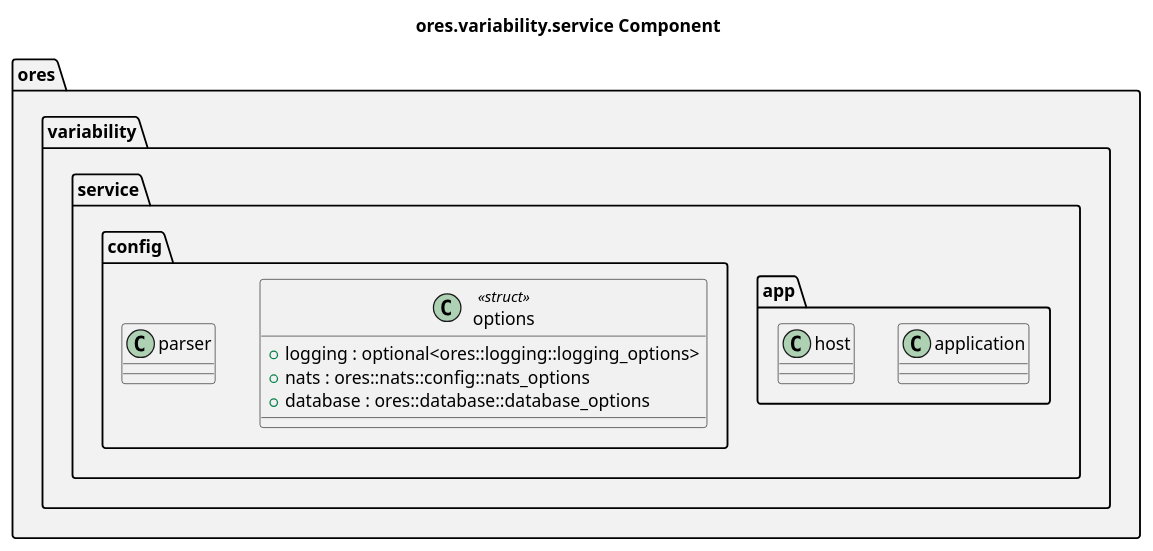
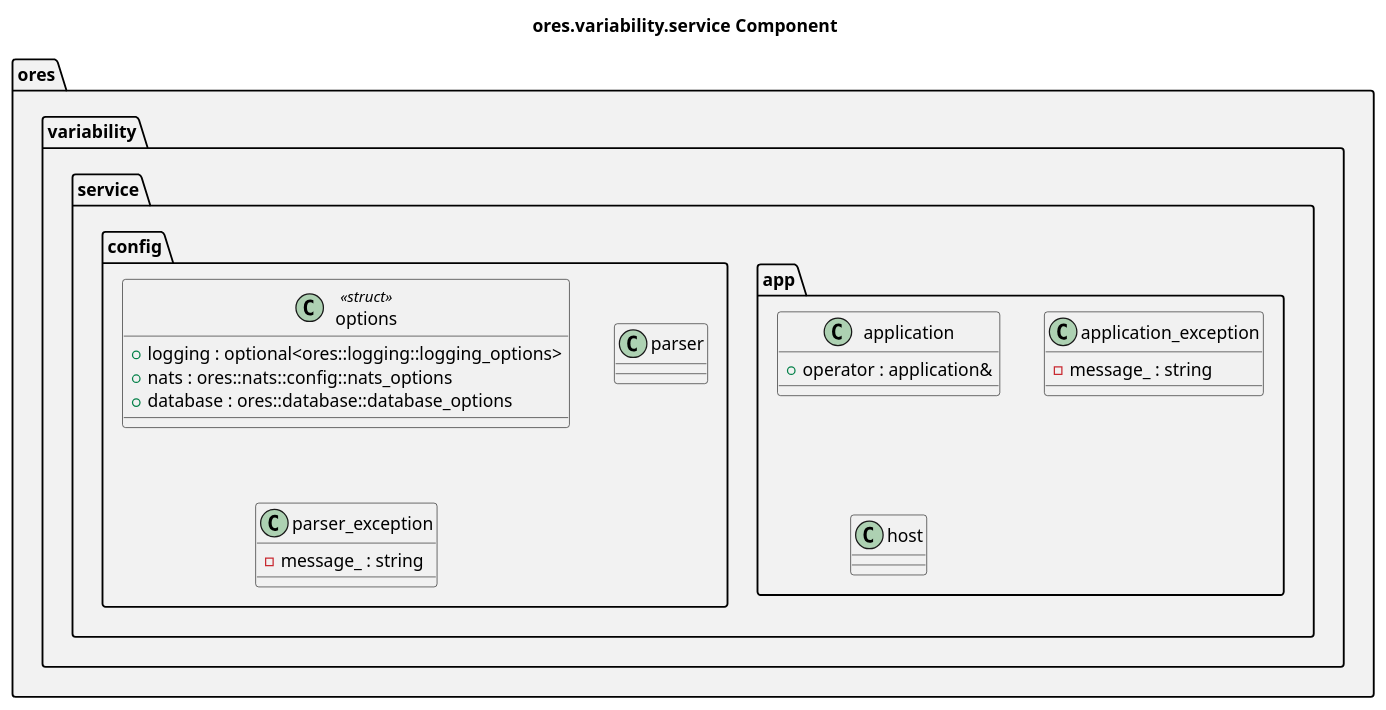
Before and after one commit to OreStudio/OreStudio: the diagram in projects/ores.variability/service/modeling/ores.variability.service.puml, drawn with PlantUML. The commit also changed 8 other files, not shown here.

First line of the commit message:
[variability] Refresh the diagrams and complete the shell part's model

```diff
--- a/projects/ores.variability/service/modeling/ores.variability.service.puml
+++ b/projects/ores.variability/service/modeling/ores.variability.service.puml
@@ -18,34 +18,41 @@
 @startuml
 
 title ores.variability.service Component
 
 set namespaceSeparator ::
 
 namespace ores #F2F2F2 {
     namespace variability #F2F2F2 {
         namespace service #F2F2F2 {
             namespace app #F2F2F2 {
                 class application {
+                    +operator : application&
+                }
+                class application_exception {
+                    -message_ : string
                 }
                 class host {
                 }
             }
             namespace config #F2F2F2 {
                 class options <<struct>> {
                     +logging : optional<ores::logging::logging_options>
                     +nats : ores::nats::config::nats_options
                     +database : ores::database::database_options
                 }
                 class parser {
                 }
+                class parser_exception {
+                    -message_ : string
+                }
             }
         }
     }
 }
 
 ' --- manual: everything below this line is hand-authored; the script preserves it ---
 
 ' Local Variables:
 ' compile-command: "java -Djava.awt.headless=true -DPLANTUML_SECURITY_PROFILE=UNSECURE -DPLANTUML_LIMIT_SIZE=65535 -jar /usr/share/plantuml/plantuml.jar ores.variability.service.puml"
 ' End:
 @enduml
```
